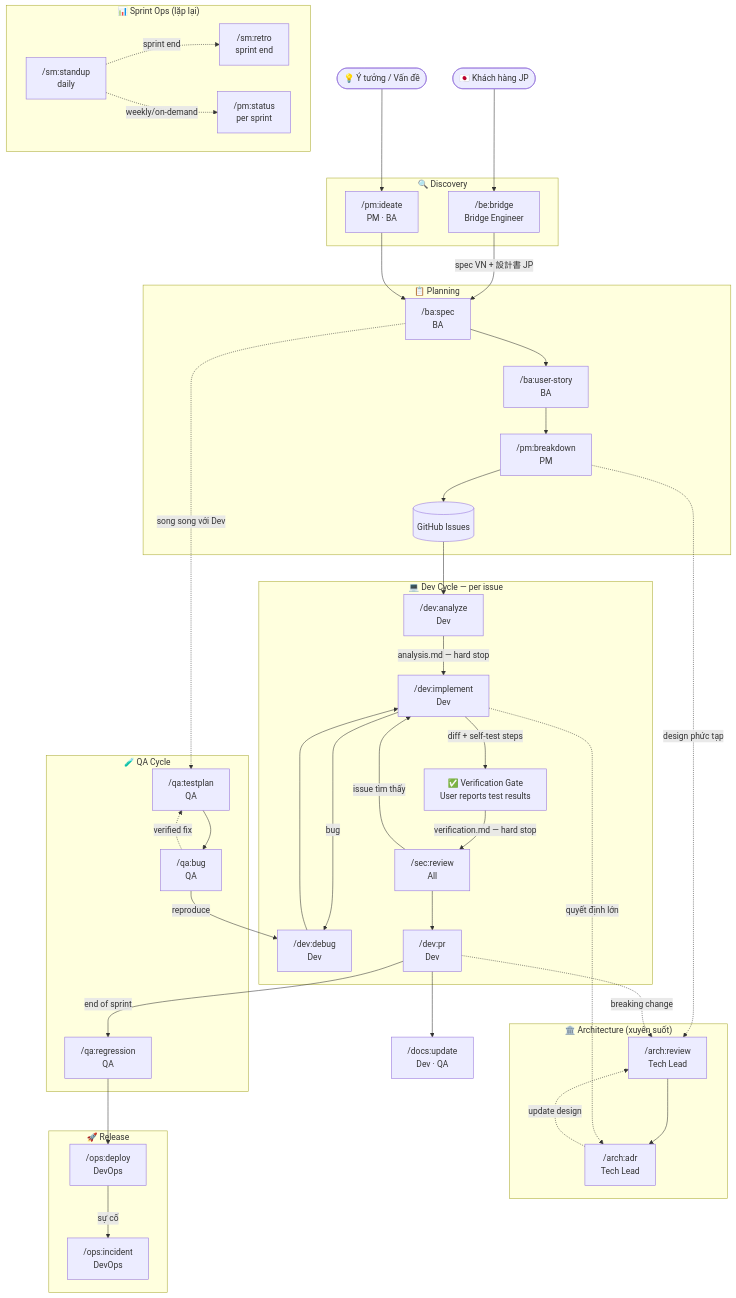
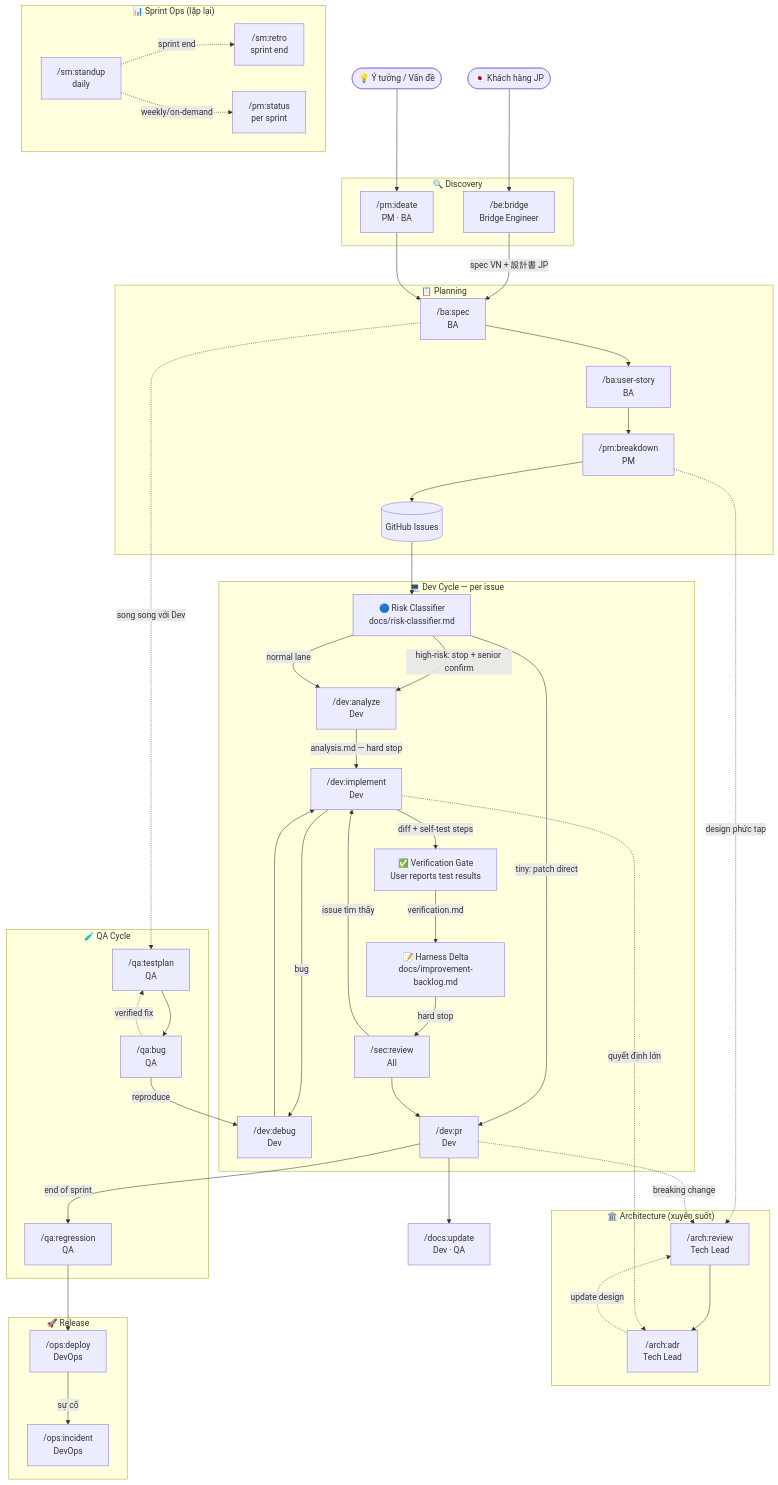
The diagram in docs/workflows/skill-flowchart.md (hiepdnh/Agentic-Development-Lifecycle), drawn with Mermaid before and after one commit. The commit also changed other lines of this file and 11 other files, not shown here.

First line of the commit message:
feat: add risk classifier, improvement backlog, validation matrix

```diff
--- a/docs/workflows/skill-flowchart.md
+++ b/docs/workflows/skill-flowchart.md
@@ -34,9 +34,11 @@
 
     %% ── Dev per Issue ──
     subgraph DEV ["💻 Dev Cycle — per issue"]
+        RISK["🔵 Risk Classifier\ndocs/risk-classifier.md"]
         ANALYZE["/dev:analyze\nDev"]
         IMPLEMENT["/dev:implement\nDev"]
         VERIFY["✅ Verification Gate\nUser reports test results"]
+        HARNESS["📝 Harness Delta\ndocs/improvement-backlog.md"]
         DEBUG["/dev:debug\nDev"]
         SEC["/sec:review\nAll"]
         PR["/dev:pr\nDev"]
@@ -87,7 +89,10 @@
     BREAKDOWN -.->|"design phức tạp"| ARCH_REV
 
     %% Issues → Dev
-    ISSUES --> ANALYZE
+    ISSUES --> RISK
+    RISK -->|"tiny: patch direct"| PR
+    RISK -->|"high-risk: stop + senior confirm"| ANALYZE
+    RISK -->|"normal lane"| ANALYZE
     ANALYZE -->|"analysis.md — hard stop"| IMPLEMENT
 
     %% Dev loop
@@ -96,7 +101,8 @@
 
     %% Verification
     IMPLEMENT -->|"diff + self-test steps"| VERIFY
-    VERIFY -->|"verification.md — hard stop"| SEC
+    VERIFY -->|"verification.md"| HARNESS
+    HARNESS -->|"hard stop"| SEC
 
     %% Pre-merge
     SEC -->|"issue tìm thấy"| IMPLEMENT
```
